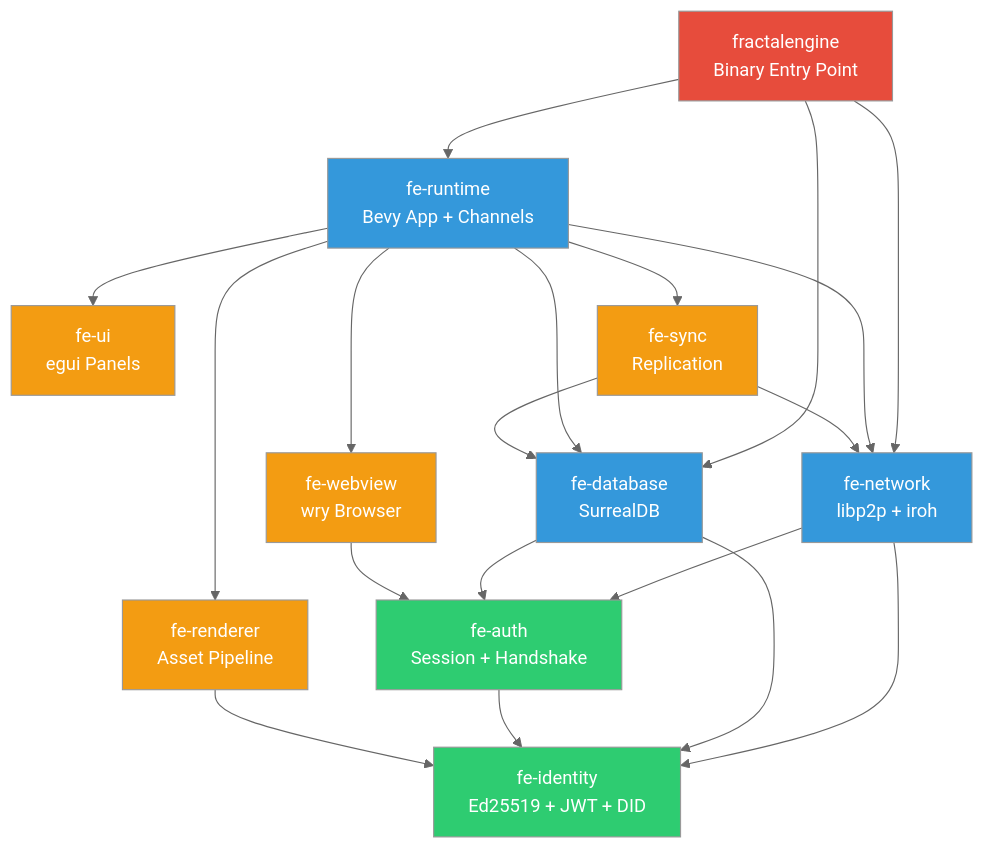
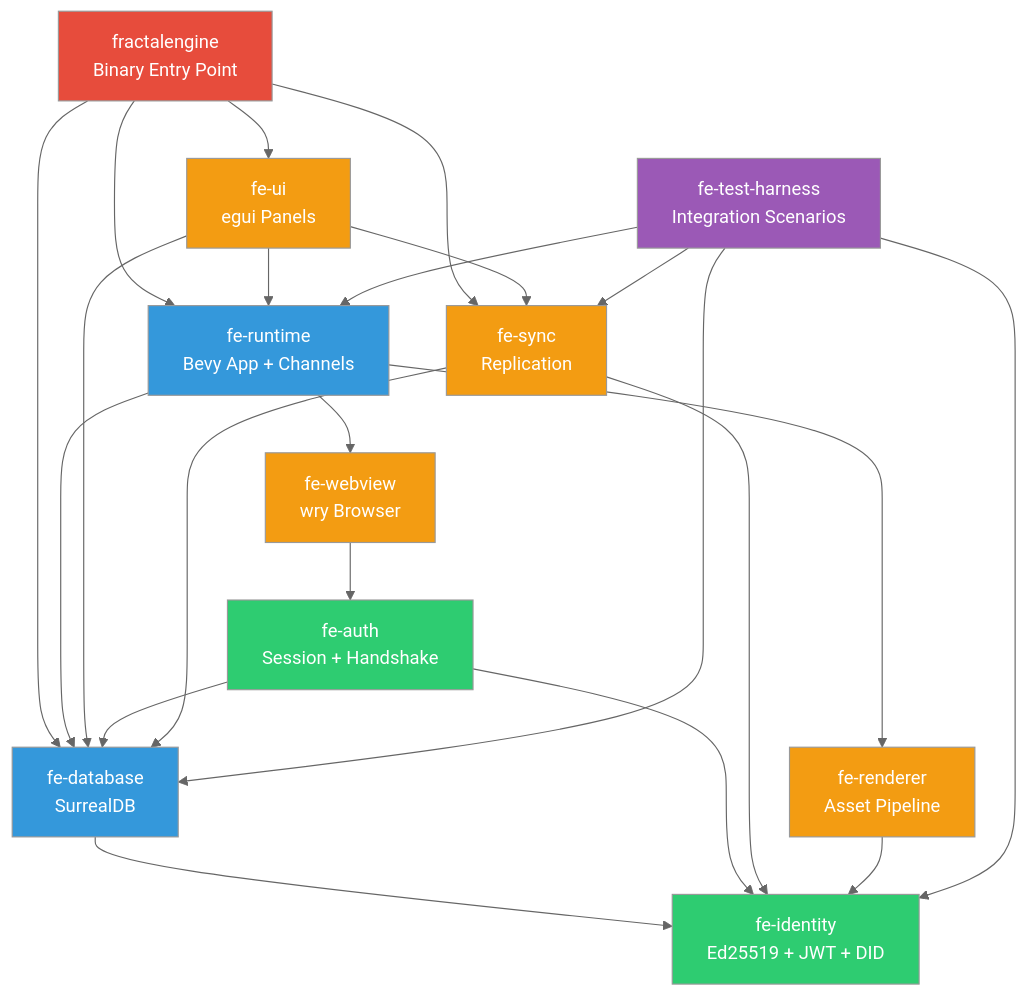
The first of 2 diagrams in docs/diagrams/10-crate-dependencies.md (Escherbridge/fractalengine), drawn with Mermaid (neutral theme) before and after one commit. The commit also changed other lines of this file and 81 other files, not shown here.

````diff
--- a/docs/diagrams/10-crate-dependencies.md
+++ b/docs/diagrams/10-crate-dependencies.md
@@ -5,38 +5,44 @@
 ```mermaid
 graph TD
     FE[fractalengine<br/>Binary Entry Point]
 
     FE --> Runtime[fe-runtime<br/>Bevy App + Channels]
-    FE --> Network[fe-network<br/>libp2p + iroh]
     FE --> Database[fe-database<br/>SurrealDB]
+    FE --> Sync[fe-sync<br/>Replication]
+    FE --> UIPlugin[fe-ui<br/>egui Panels]
 
-    Runtime --> Network
     Runtime --> Database
     Runtime --> Renderer[fe-renderer<br/>Asset Pipeline]
     Runtime --> WebView[fe-webview<br/>wry Browser]
-    Runtime --> UIPlugin[fe-ui<br/>egui Panels]
-    Runtime --> Sync[fe-sync<br/>Replication]
 
-    Network --> Identity[fe-identity<br/>Ed25519 + JWT + DID]
-    Database --> Identity
+    UIPlugin --> Runtime
+    UIPlugin --> Database
+    UIPlugin --> Sync
+
+    Database --> Identity[fe-identity<br/>Ed25519 + JWT + DID]
     Auth[fe-auth<br/>Session + Handshake] --> Identity
+    Auth --> Database
 
-    Network --> Auth
-    Database --> Auth
+    Sync --> Database
+    Sync --> Identity
 
     Renderer --> Identity
-    Sync --> Network
-    Sync --> Database
+    WebView --> Auth
 
-    WebView --> Auth
+    TestHarness[fe-test-harness<br/>Integration Scenarios] --> Database
+    TestHarness --> Runtime
+    TestHarness --> Identity
+    TestHarness --> Sync
 
     classDef binary fill:#e74c3c,color:#fff
     classDef core fill:#3498db,color:#fff
     classDef infra fill:#2ecc71,color:#fff
     classDef feature fill:#f39c12,color:#fff
+    classDef test fill:#9b59b6,color:#fff
 
     class FE binary
-    class Runtime,Network,Database core
+    class Runtime,Database core
     class Identity,Auth infra
     class Renderer,WebView,UIPlugin,Sync feature
+    class TestHarness test
 ```
````
